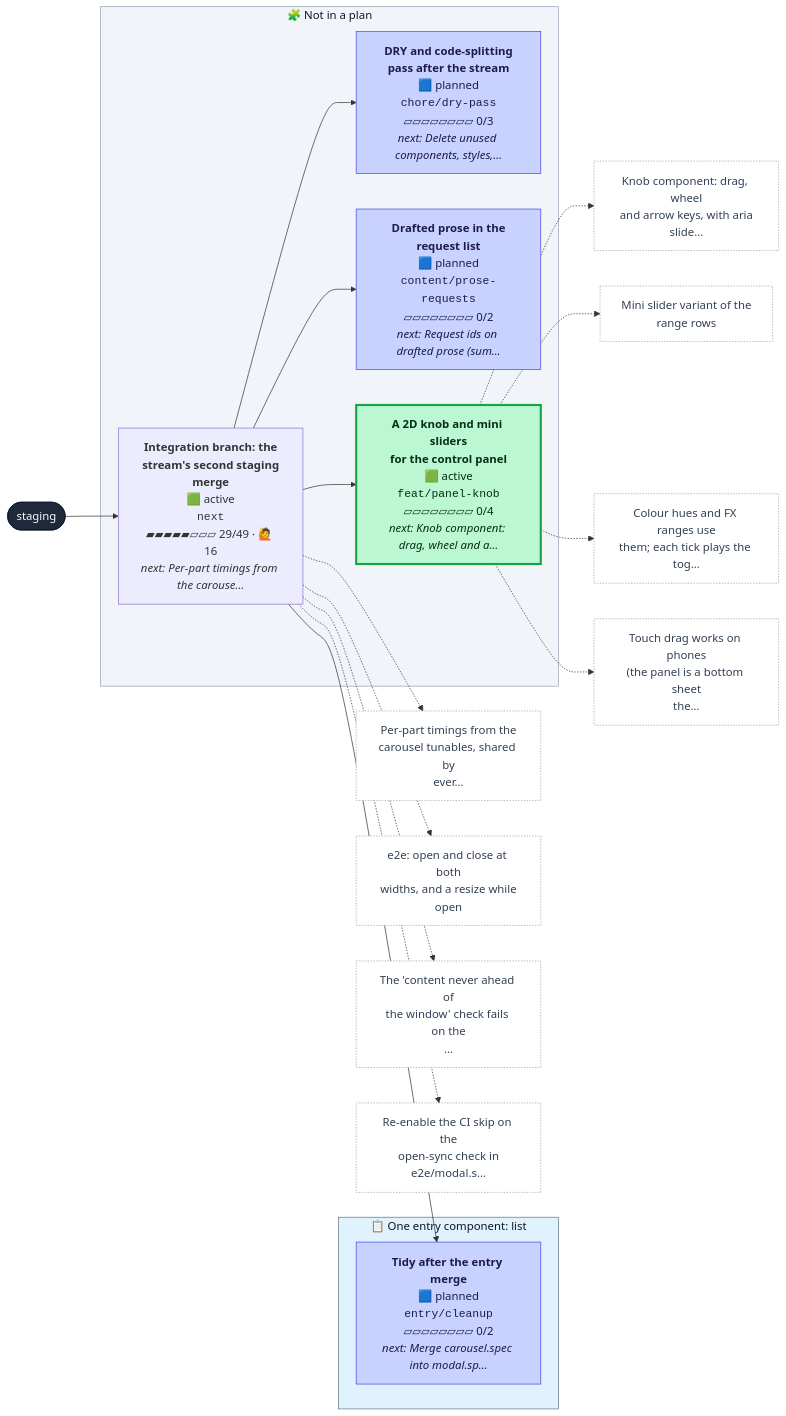
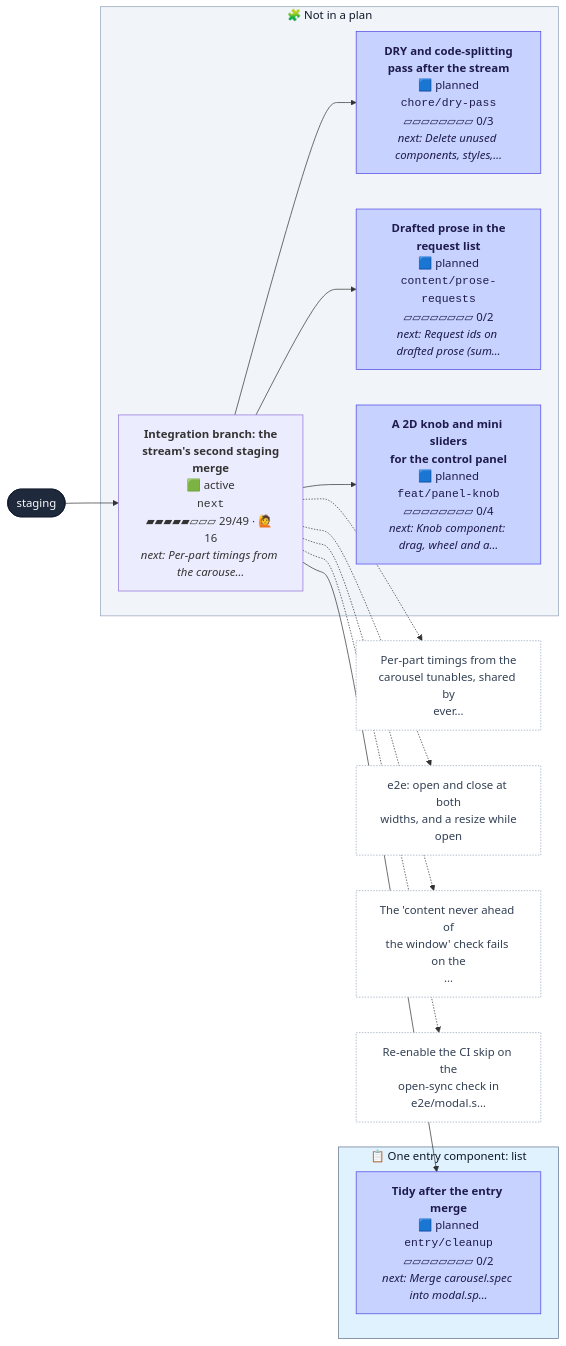
One commit to henryjonescodes/portfolio changed the first of 2 diagrams in CONTRIBUTING.md. Above: the diagram before and after it, drawn with Mermaid. The commit also changed other lines of this file and 1 other file, not shown here.

````diff
--- a/CONTRIBUTING.md
+++ b/CONTRIBUTING.md
@@ -16,59 +16,47 @@
 ```mermaid
 flowchart LR
   n_staging([staging])
   class n_staging trunk
   subgraph plan_0["📋 One entry component: list"]
     n_entry_cleanup["<b>Tidy after the entry merge</b><br/>🟦 planned<br/><code>entry/cleanup</code><br/>▱▱▱▱▱▱▱▱ 0/2<br/><i>next: Merge carousel.spec into modal.sp…</i>"]
     class n_entry_cleanup planned
   end
   style plan_0 fill:#e0f2fe,stroke:#64748b,color:#0f172a
   subgraph loose["🧩 Not in a plan"]
     n_chore_dry_pass["<b>DRY and code-splitting<br/>pass after the stream</b><br/>🟦 planned<br/><code>chore/dry-pass</code><br/>▱▱▱▱▱▱▱▱ 0/3<br/><i>next: Delete unused components, styles,…</i>"]
     class n_chore_dry_pass planned
     n_content_prose_requests["<b>Drafted prose in the<br/>request list</b><br/>🟦 planned<br/><code>content/prose-requests</code><br/>▱▱▱▱▱▱▱▱ 0/2<br/><i>next: Request ids on drafted prose (sum…</i>"]
     class n_content_prose_requests planned
-    n_feat_panel_knob["<b>A 2D knob and mini sliders<br/>for the control panel</b><br/>🟩 active<br/><code>feat/panel-knob</code><br/>▱▱▱▱▱▱▱▱ 0/4<br/><i>next: Knob component: drag, wheel and a…</i>"]
-    class n_feat_panel_knob active
+    n_feat_panel_knob["<b>A 2D knob and mini sliders<br/>for the control panel</b><br/>🟦 planned<br/><code>feat/panel-knob</code><br/>▱▱▱▱▱▱▱▱ 0/4<br/><i>next: Knob component: drag, wheel and a…</i>"]
+    class n_feat_panel_knob planned
     n_next["<b>Integration branch: the<br/>stream's second staging<br/>merge</b><br/>🟩 active<br/><code>next</code><br/>▰▰▰▰▰▱▱▱ 29/49 · 🙋 16<br/><i>next: Per-part timings from the carouse…</i>"]
     class n_next active,current
   end
   style loose fill:#f1f5f9,stroke:#94a3b8,color:#0f172a
   n_next --> n_chore_dry_pass
   n_next --> n_content_prose_requests
   n_next --> n_entry_cleanup
   n_next --> n_feat_panel_knob
   n_staging --> n_next
-  n_feat_panel_knob_t0["Knob component: drag, wheel<br/>and arrow keys, with aria<br/>slide…"]
-  class n_feat_panel_knob_t0 todo
-  n_feat_panel_knob -.-> n_feat_panel_knob_t0
-  n_feat_panel_knob_t1["Mini slider variant of the<br/>range rows"]
-  class n_feat_panel_knob_t1 todo
-  n_feat_panel_knob -.-> n_feat_panel_knob_t1
-  n_feat_panel_knob_t2["Colour hues and FX ranges use<br/>them; each tick plays the tog…"]
-  class n_feat_panel_knob_t2 todo
-  n_feat_panel_knob -.-> n_feat_panel_knob_t2
-  n_feat_panel_knob_t3["Touch drag works on phones<br/>(the panel is a bottom sheet<br/>the…"]
-  class n_feat_panel_knob_t3 todo
-  n_feat_panel_knob -.-> n_feat_panel_knob_t3
   n_next_t0["Per-part timings from the<br/>carousel tunables, shared by<br/>ever…"]
   class n_next_t0 todo
   n_next -.-> n_next_t0
   n_next_t1["e2e: open and close at both<br/>widths, and a resize while<br/>open"]
   class n_next_t1 todo
   n_next -.-> n_next_t1
   n_next_t2["The 'content never ahead of<br/>the window' check fails on the<br/>…"]
   class n_next_t2 todo
   n_next -.-> n_next_t2
   n_next_t3["Re-enable the CI skip on the<br/>open-sync check in<br/>e2e/modal.s…"]
   class n_next_t3 todo
   n_next -.-> n_next_t3
   classDef merged fill:#dcfce7,stroke:#16a34a,color:#052e16
   classDef todo fill:#ffffff,stroke:#94a3b8,stroke-dasharray:2 2,color:#334155
   classDef planned fill:#c7d2fe,stroke:#4f46e5,color:#1e1b4b
   classDef sketched fill:#f8fafc,stroke:#64748b,stroke-dasharray:4 3,color:#334155
   classDef active fill:#bbf7d0,stroke:#16a34a,stroke-width:3px,color:#052e16
   classDef review fill:#fde68a,stroke:#d97706,stroke-width:3px,color:#451a03
   classDef blocked fill:#fecaca,stroke:#dc2626,stroke-width:3px,color:#450a0a
   classDef trunk fill:#1e293b,stroke:#0f172a,color:#f8fafc
   classDef current stroke:#0ea5e9,stroke-width:5px
 ```
````
